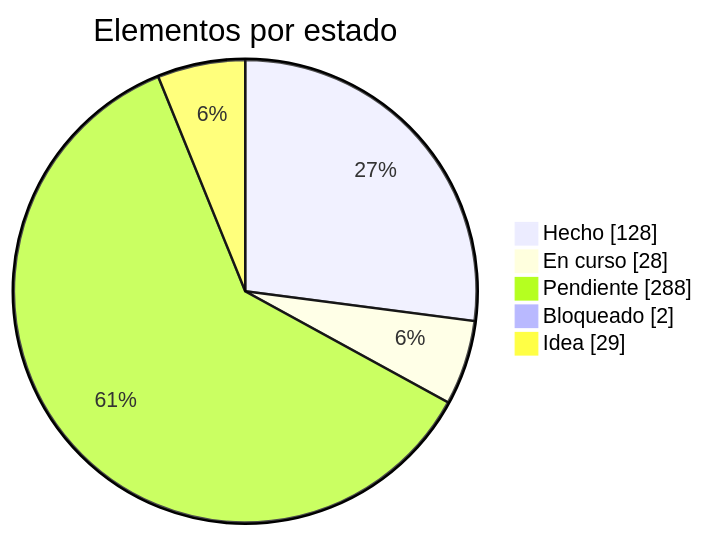
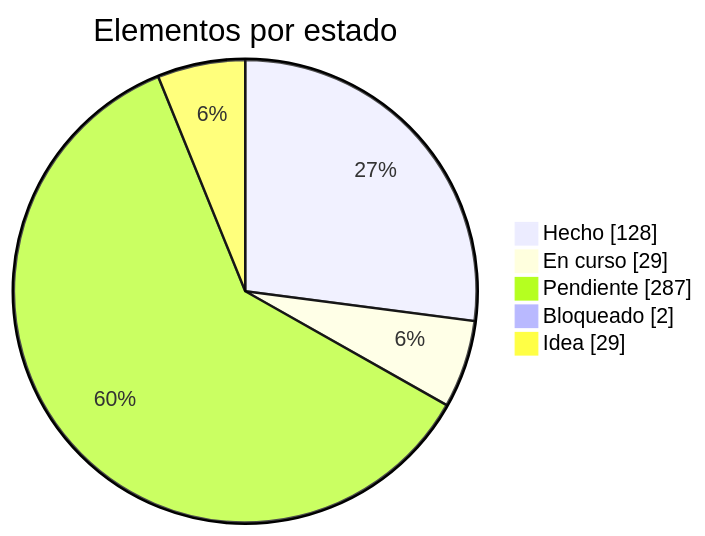
The first of 2 diagrams in docs/roadmap.md (dariogea/BM27), drawn with Mermaid before and after one commit. The commit also changed other lines of this file and 8 other files, not shown here.

````diff
--- a/docs/roadmap.md
+++ b/docs/roadmap.md
@@ -13,8 +13,8 @@
 ```mermaid
 pie showData title Elementos por estado
   "Hecho" : 128
-  "En curso" : 28
-  "Pendiente" : 288
+  "En curso" : 29
+  "Pendiente" : 287
   "Bloqueado" : 2
   "Idea" : 29
 ```
````
